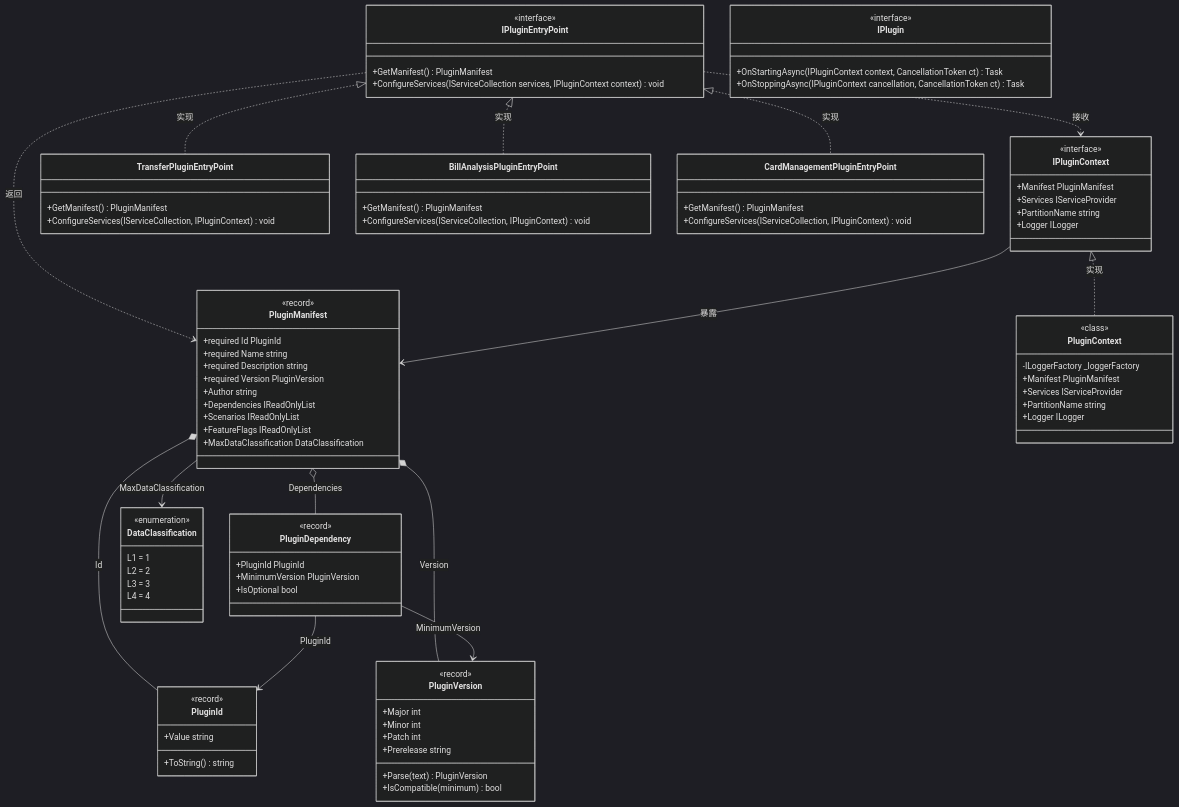
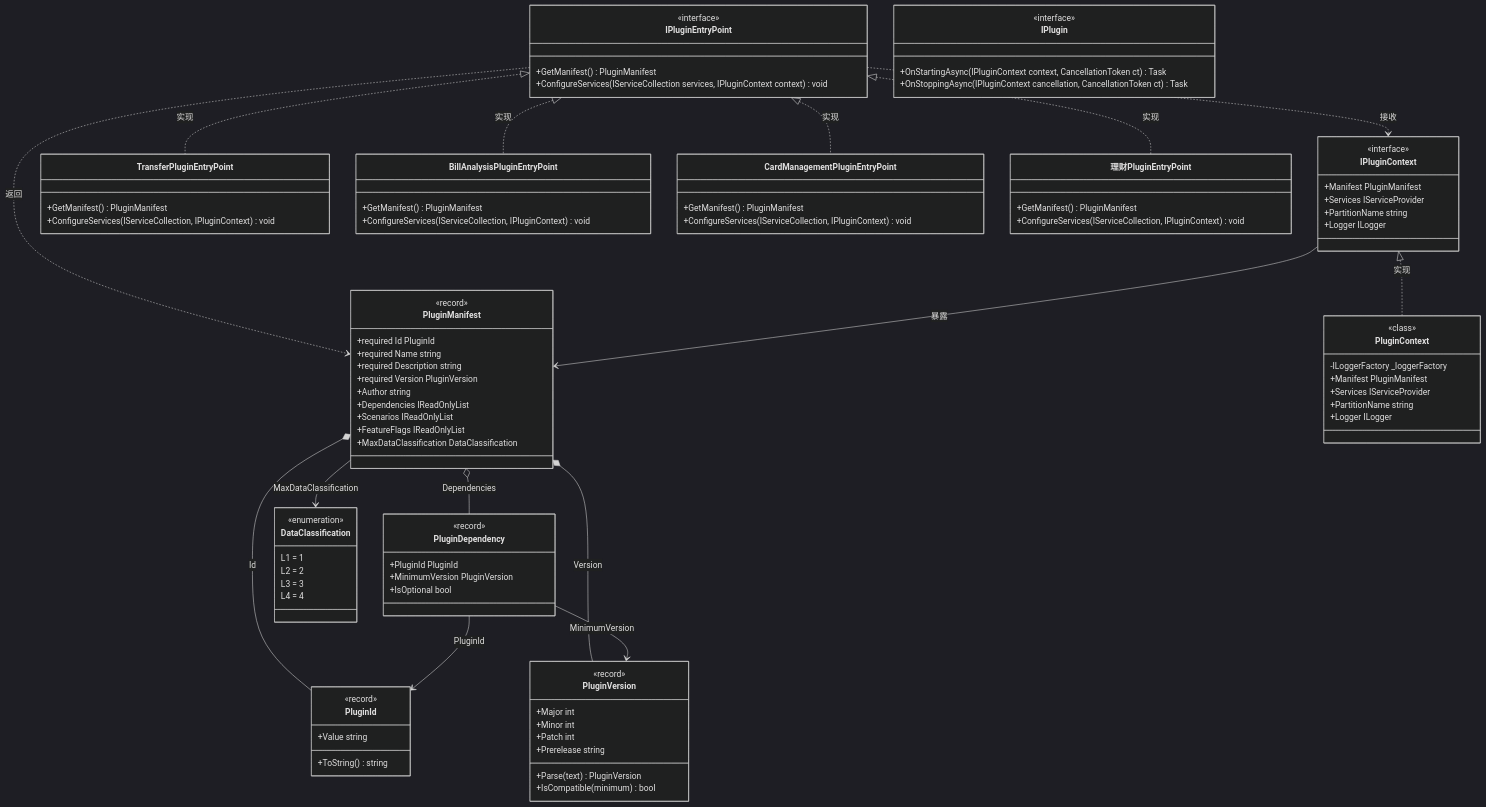
The fourth of 12 diagrams in docs/09-uml/01-uml-diagrams.md (seevwis43825/ATM), drawn with Mermaid (dark theme) before and after one commit. The commit also changed other lines of this file and 10 other files, not shown here.

```diff
--- a/docs/09-uml/01-uml-diagrams.md
+++ b/docs/09-uml/01-uml-diagrams.md
@@ -392,9 +405,15 @@
         +ConfigureServices(IServiceCollection, IPluginContext) void
     }
 
+    class 理财PluginEntryPoint {
+        +GetManifest() PluginManifest
+        +ConfigureServices(IServiceCollection, IPluginContext) void
+    }
+
     IPluginEntryPoint <|.. TransferPluginEntryPoint : 实现
     IPluginEntryPoint <|.. BillAnalysisPluginEntryPoint : 实现
     IPluginEntryPoint <|.. CardManagementPluginEntryPoint : 实现
+    IPluginEntryPoint <|.. 理财PluginEntryPoint : 实现
 
     IPluginContext <|.. PluginContext : 实现
 
```
